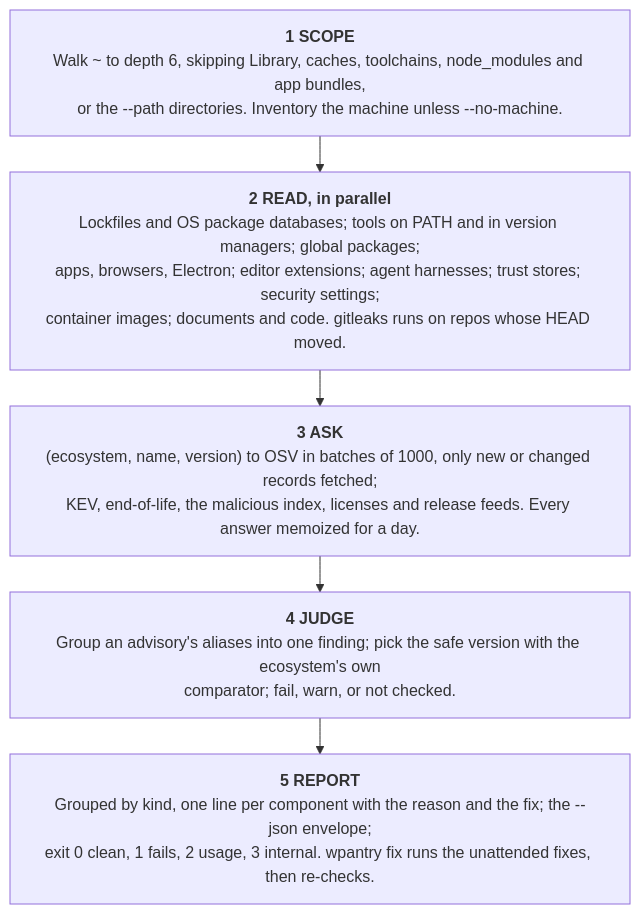
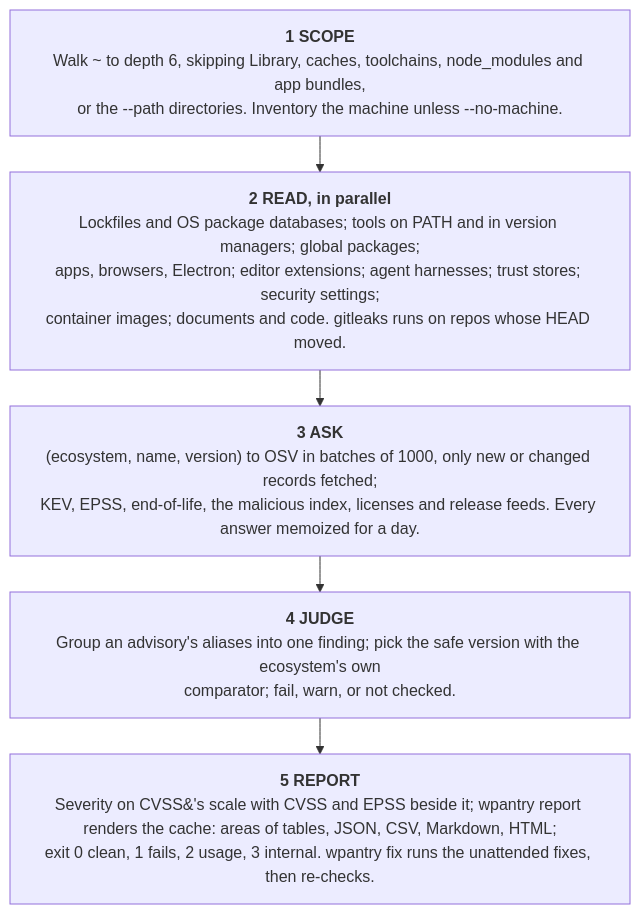
One commit to waffuruai/pantry changed the diagram in docs/architecture.md. Above: the diagram before and after it, drawn with Mermaid. The commit also changed 45 other files, not shown here.

First line of the commit message:
wcli: our own command-line parser after commander.js; wpantry on it, no aliases; docs and diagrams refreshed (#175)

````diff
--- a/docs/architecture.md
+++ b/docs/architecture.md
@@ -13,10 +13,10 @@
 ```mermaid
 %%{init: {"flowchart": {"wrappingWidth": 560, "nodeSpacing": 40, "rankSpacing": 36}}}%%
 flowchart TB
   scope["<b>1 SCOPE</b><br/>Walk ~ to depth 6, skipping Library, caches, toolchains, node_modules and app bundles,<br/>or the --path directories. Inventory the machine unless --no-machine."]
   read["<b>2 READ, in parallel</b><br/>Lockfiles and OS package databases; tools on PATH and in version managers; global packages;<br/>apps, browsers, Electron; editor extensions; agent harnesses; trust stores; security settings;<br/>container images; documents and code. gitleaks runs on repos whose HEAD moved."]
-  ask["<b>3 ASK</b><br/>(ecosystem, name, version) to OSV in batches of 1000, only new or changed records fetched;<br/>KEV, end-of-life, the malicious index, licenses and release feeds. Every answer memoized for a day."]
+  ask["<b>3 ASK</b><br/>(ecosystem, name, version) to OSV in batches of 1000, only new or changed records fetched;<br/>KEV, EPSS, end-of-life, the malicious index, licenses and release feeds. Every answer memoized for a day."]
   judge["<b>4 JUDGE</b><br/>Group an advisory's aliases into one finding; pick the safe version with the ecosystem's own<br/>comparator; fail, warn, or not checked."]
-  report["<b>5 REPORT</b><br/>Grouped by kind, one line per component with the reason and the fix; the --json envelope;<br/>exit 0 clean, 1 fails, 2 usage, 3 internal. wpantry fix runs the unattended fixes, then re-checks."]
+  report["<b>5 REPORT</b><br/>Severity on CVSS&#39;s scale with CVSS and EPSS beside it; wpantry report renders the cache: areas of tables, JSON, CSV, Markdown, HTML;<br/>exit 0 clean, 1 fails, 2 usage, 3 internal. wpantry fix runs the unattended fixes, then re-checks."]
   scope --> read --> ask --> judge --> report
 ```
````
